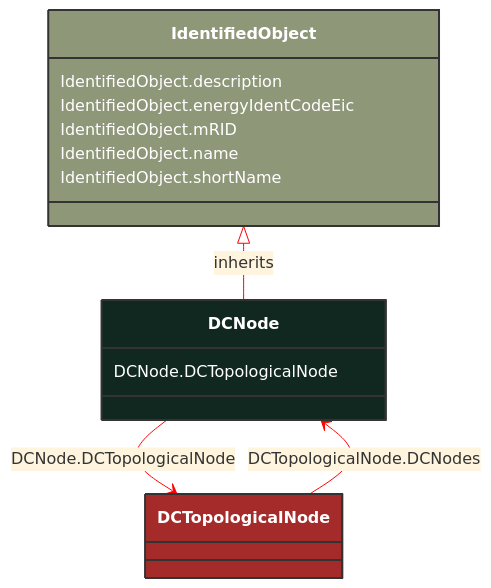
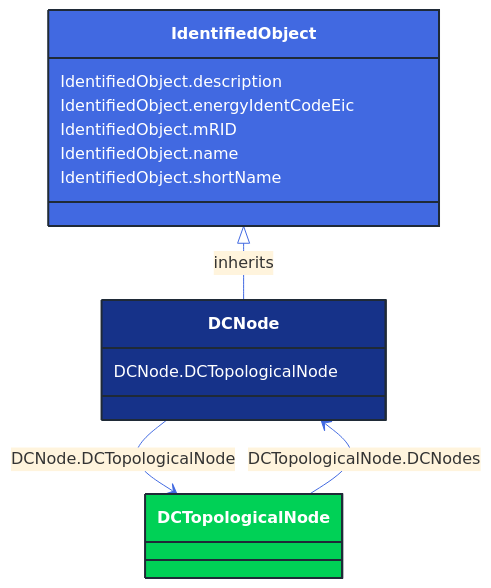
The diagram in docs/Models/Profiles/Topology/ConcreteClasses/DCNode.md (3lbits/NoCIMExtensions), drawn with Mermaid before and after one commit. The commit also changed 362 other files, not shown here.

First line of the commit message:
Update diagrams and styles for improved visual consistency

````diff
--- a/docs/Models/Profiles/Topology/ConcreteClasses/DCNode.md
+++ b/docs/Models/Profiles/Topology/ConcreteClasses/DCNode.md
@@ -8,31 +8,31 @@
 ```mermaid
-%%{init: {'theme':'base','themeVariables': {'lineColor': '#FF0000'}}}%%
+%%{init: {'theme':'base','themeVariables': {'lineColor': '#4169E1'}}}%%
 classDiagram
     class DCNode
     click DCNode href "/Models/Profiles/Topology/ConcreteClasses/DCNode/"
-    style DCNode fill:#102820,stroke:#333,stroke-width:2px,rx:10,ry:10,color:white
+    style DCNode fill:#163289,stroke:#1F2A37,stroke-width:2px,rx:10,ry:10,color:white
      
         IdentifiedObject <|-- DCNode : inherits
             click IdentifiedObject href "/Models/Profiles/Topology/AbstractClasses/IdentifiedObject/"
-            style IdentifiedObject fill:#8F9779,stroke:#333,stroke-width:2px,rx:10,ry:10,color:white
+            style IdentifiedObject fill:#4169E1,stroke:#1F2A37,stroke-width:2px,rx:10,ry:10,color:white
 
         DCNode --> DCTopologicalNode : DCNode.DCTopologicalNode
 
         DCTopologicalNode
             click DCTopologicalNode href "/Models/Profiles/Topology/ConcreteClasses/DCTopologicalNode/"
-            style DCTopologicalNode fill:#A52A2A,stroke:#333,stroke-width:2px,rx:10,ry:10,color:white
+            style DCTopologicalNode fill:#00D156,stroke:#1F2A37,stroke-width:2px,rx:10,ry:10,color:white
 
         DCTopologicalNode --> DCNode : DCTopologicalNode.DCNodes
 
         DCTopologicalNode
             click DCTopologicalNode href "/Models/Profiles/Topology/ConcreteClasses/DCTopologicalNode/"
-            style DCTopologicalNode fill:#A52A2A,stroke:#333,stroke-width:2px,rx:10,ry:10,color:white
+            style DCTopologicalNode fill:#00D156,stroke:#1F2A37,stroke-width:2px,rx:10,ry:10,color:white
 
 
         DCNode : DCNode.DCTopologicalNode
         IdentifiedObject : IdentifiedObject.description
         IdentifiedObject : IdentifiedObject.energyIdentCodeEic
         IdentifiedObject : IdentifiedObject.mRID
         IdentifiedObject : IdentifiedObject.name
         IdentifiedObject : IdentifiedObject.shortName
 ```
````
